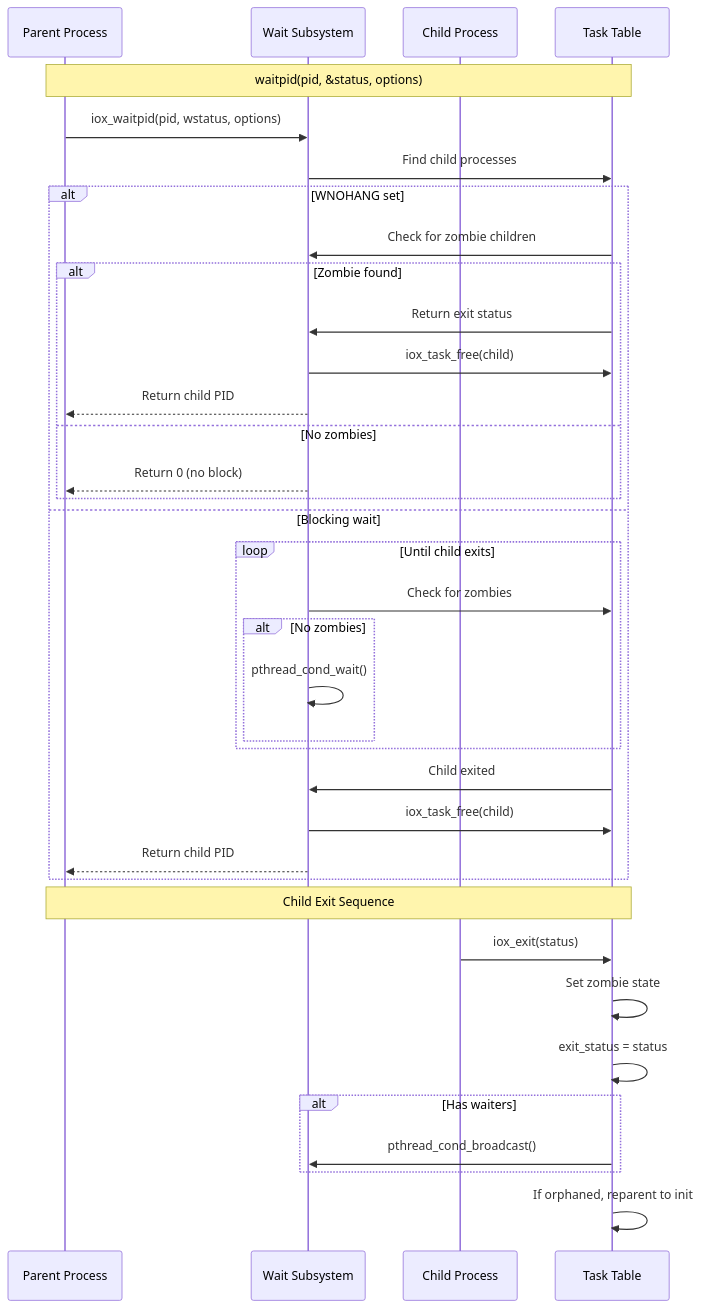
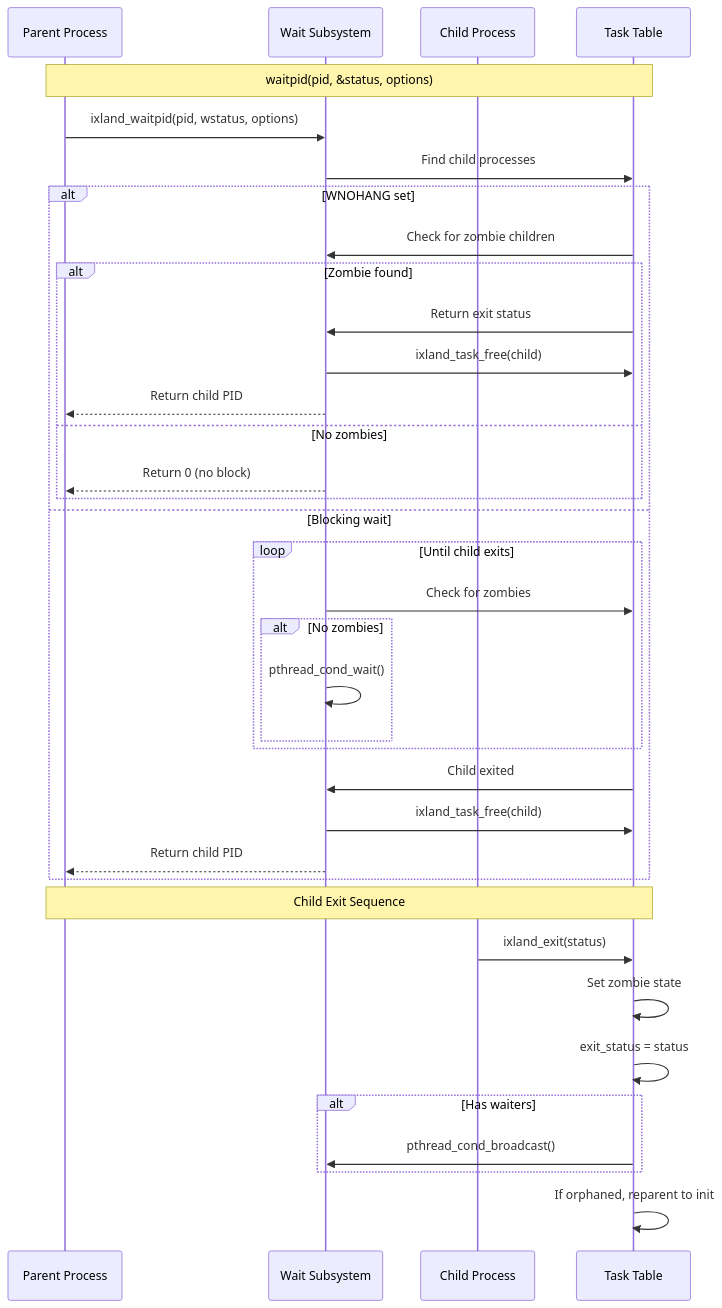
One commit to rudironsoni/ixland changed the fifth of 15 diagrams in docs/ARCHITECTURE_POST_MISSION.md. Above: the diagram before and after it, drawn with Mermaid. The commit also changed other lines of this file and 268 other files, not shown here.

Commit message:
refactor(naming): migrate remaining iox identifiers to ixland

````diff
--- a/docs/ARCHITECTURE_POST_MISSION.md
+++ b/docs/ARCHITECTURE_POST_MISSION.md
@@ -236,48 +236,48 @@
 ```mermaid
 sequenceDiagram
     participant Parent as Parent Process
     participant Wait as Wait Subsystem
     participant Child as Child Process
     participant Task as Task Table
 
     Note over Parent,Task: waitpid(pid, &status, options)
 
-    Parent->>Wait: iox_waitpid(pid, wstatus, options)
+    Parent->>Wait: ixland_waitpid(pid, wstatus, options)
     Wait->>Task: Find child processes
 
     alt WNOHANG set
         Task->>Wait: Check for zombie children
 
         alt Zombie found
             Task->>Wait: Return exit status
-            Wait->>Task: iox_task_free(child)
+            Wait->>Task: ixland_task_free(child)
             Wait-->>Parent: Return child PID
         else No zombies
             Wait-->>Parent: Return 0 (no block)
         end
     else Blocking wait
         loop Until child exits
             Wait->>Task: Check for zombies
 
             alt No zombies
                 Wait->>Wait: pthread_cond_wait()
             end
         end
 
         Task->>Wait: Child exited
-        Wait->>Task: iox_task_free(child)
+        Wait->>Task: ixland_task_free(child)
         Wait-->>Parent: Return child PID
     end
 
     Note over Parent,Task: Child Exit Sequence
 
-    Child->>Task: iox_exit(status)
+    Child->>Task: ixland_exit(status)
     Task->>Task: Set zombie state
     Task->>Task: exit_status = status
 
     alt Has waiters
         Task->>Wait: pthread_cond_broadcast()
     end
 
     Task->>Task: If orphaned, reparent to init
 ```
````
